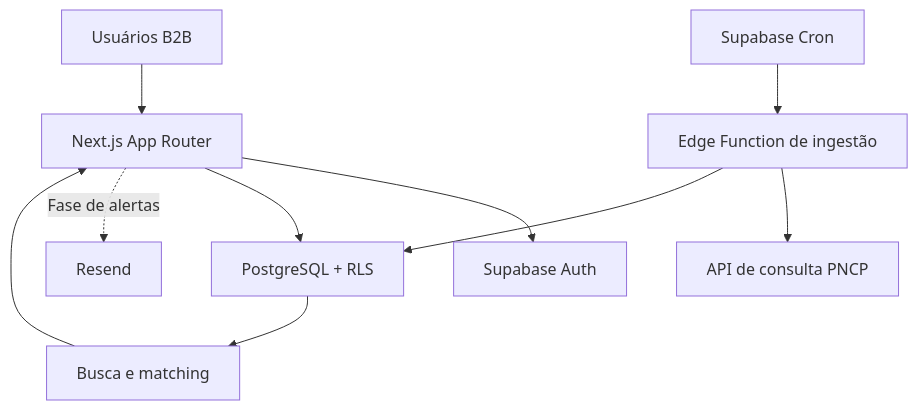
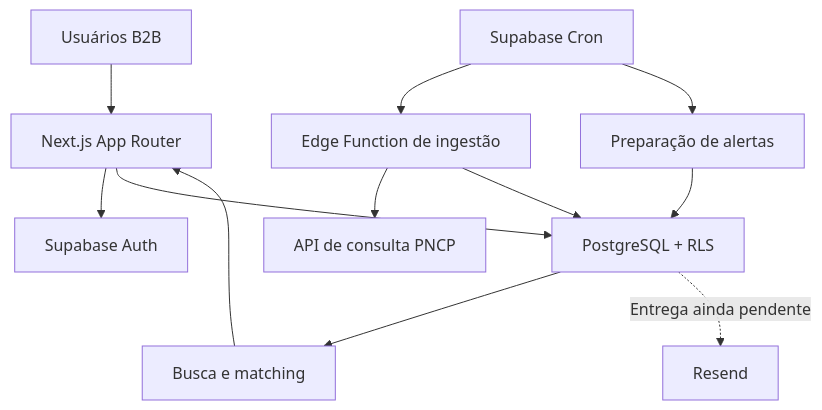
The diagram in docs/architecture.md (iramylsonfreitas-oss/edital-certo), drawn with Mermaid before and after one commit. The commit also changed other lines of this file and 14 other files, not shown here.

````diff
--- a/docs/architecture.md
+++ b/docs/architecture.md
@@ -5,12 +5,14 @@
 ```mermaid
 flowchart TD
   User["Usuários B2B"] --> Web["Next.js App Router"]
   Web --> Auth["Supabase Auth"]
   Web --> DB["PostgreSQL + RLS"]
   Scheduler["Supabase Cron"] --> Edge["Edge Function de ingestão"]
   Edge --> PNCP["API de consulta PNCP"]
   Edge --> DB
   DB --> Search["Busca e matching"]
   Search --> Web
-  Web -. "Fase de alertas" .-> Email["Resend"]
+  Scheduler --> Preparation["Preparação de alertas"]
+  Preparation --> DB
+  DB -. "Entrega ainda pendente" .-> Email["Resend"]
 ```
````
